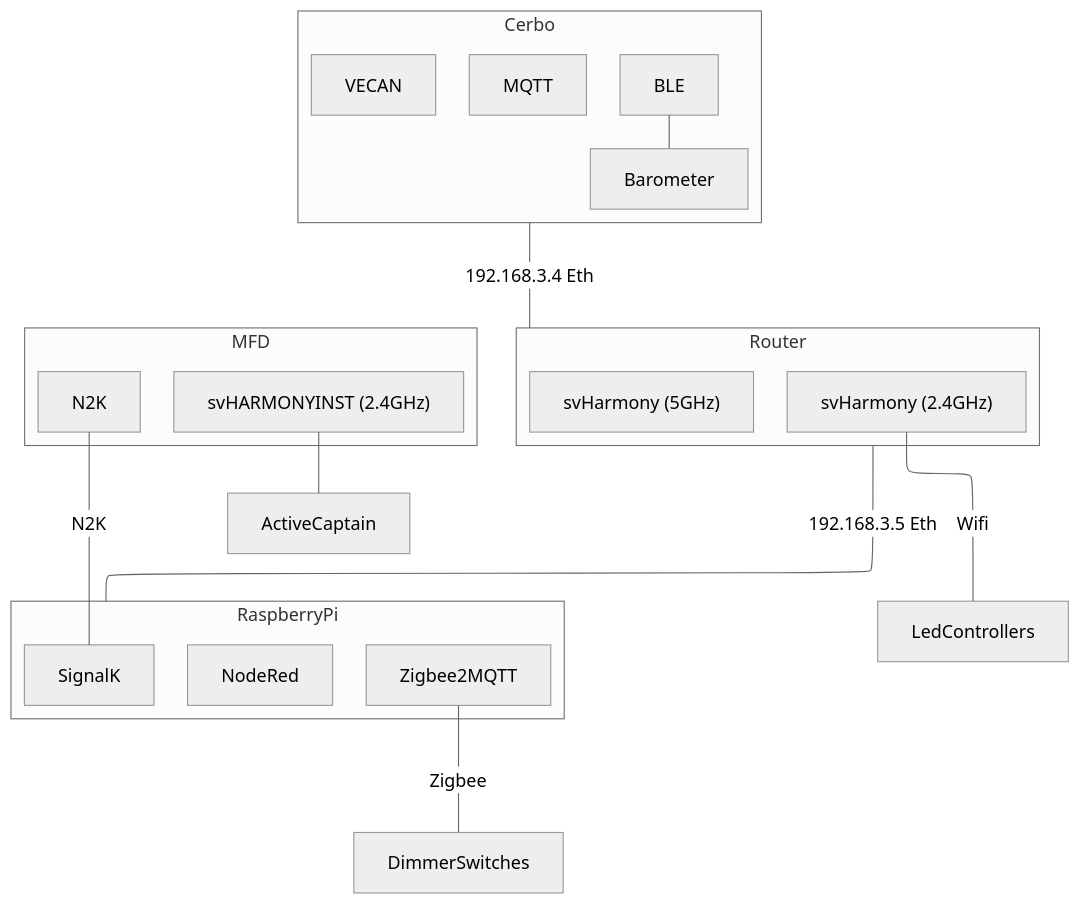
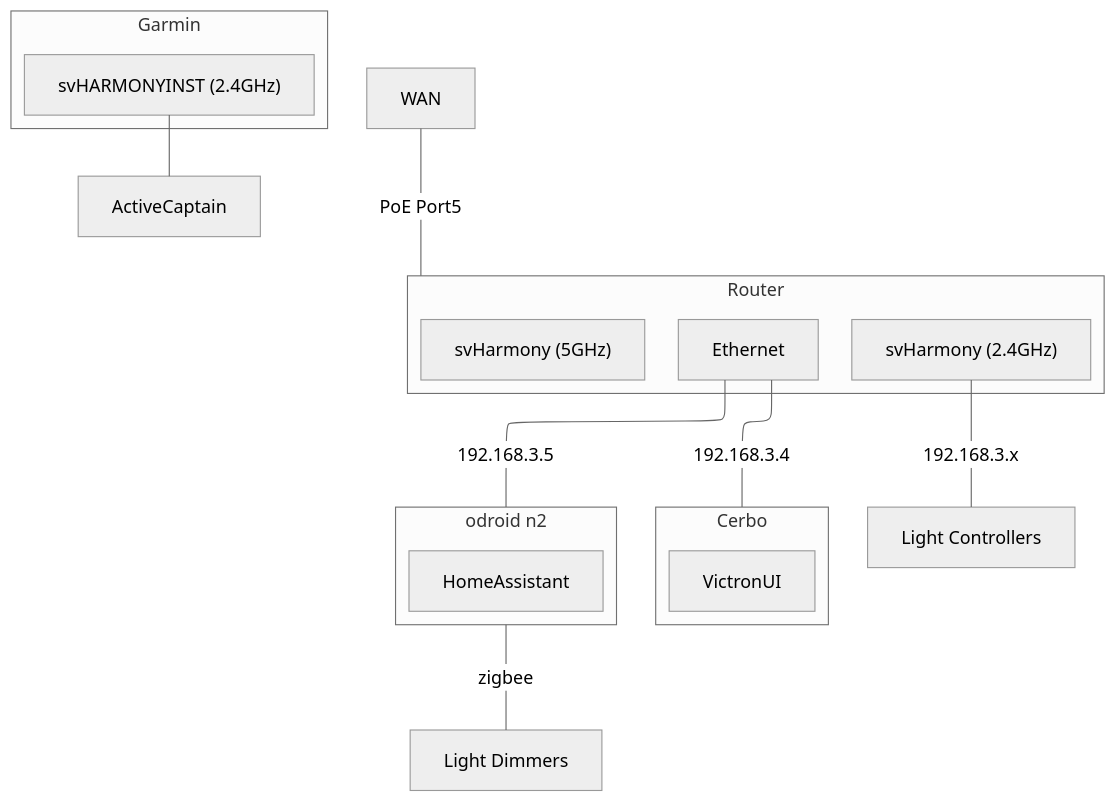
The first of 2 diagrams in owners_manual/Network.md (dcoon/svharmony), drawn with Mermaid (neutral theme) before and after one commit. The commit also changed other lines of this file, not shown here.

````diff
--- a/owners_manual/Network.md
+++ b/owners_manual/Network.md
@@ -2,33 +2,32 @@
 ```mermaid
 flowchart-elk
 
 subgraph Router
-svHarmony24["svHarmony (2.4GHz)"]
-svHarmony["svHarmony (5GHz)"]
+	svHarmony24["svHarmony (2.4GHz)"]
+	svHarmony["svHarmony (5GHz)"]
+	Ethernet
 end
+WAN ---|PoE Port5| Router
 
 subgraph Cerbo
-	MQTT
-	VECAN
-	BLE --- Ruuvi["Barometer"]
+	VictronUI
 end
-Cerbo ---|192.168.3.4 Eth| Router
+Ethernet ---|192.168.3.4| Cerbo
 
 
-subgraph RaspberryPi
-	Zigbee2MQTT 
-	SignalK
-	NodeRed
+subgraph ha["odroid n2"]
+	HomeAssistant
 end
-Router ---|192.168.3.5 Eth| RaspberryPi
+Ethernet ---|192.168.3.5| ha
 
-subgraph MFD
+
+subgraph MFD["Garmin"]
 	svHARMONYINSTRUMENTS["svHARMONYINST (2.4GHz)"]
-	N2K
 end
 svHARMONYINSTRUMENTS --- ActiveCaptain
-N2K ---|N2K| SignalK
 
-Zigbee2MQTT ---|Zigbee| DimmerSwitches
-svHarmony24 ---|Wifi| LedControllers
+ha ---|zigbee| dimmers["Light Dimmers"]
+svHarmony24 ---|192.168.3.x| lights["Light Controllers"]
+
+
 ```
````
